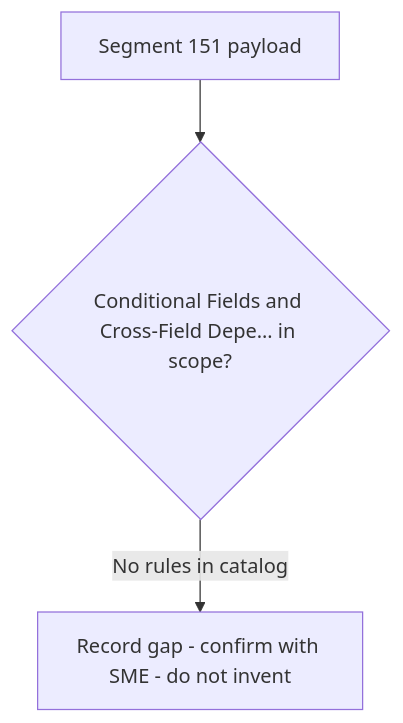
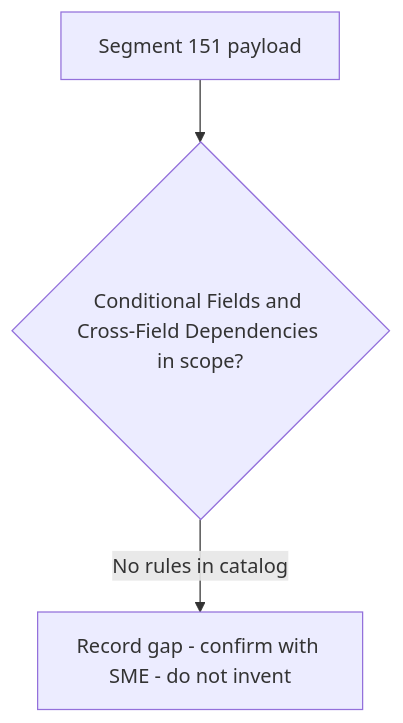
One commit to DhanSingh-hub/core-auth-ai-validation-framework changed the diagram in regression-artifact-validator/specifications/ATL105/docs/specs/kb/segment-151/conditional-dependency-rules-flow.md. Above: the diagram before and after it, drawn with Mermaid. The commit also changed 150 other files, not shown here.

````diff
--- a/regression-artifact-validator/specifications/ATL105/docs/specs/kb/segment-151/conditional-dependency-rules-flow.md
+++ b/regression-artifact-validator/specifications/ATL105/docs/specs/kb/segment-151/conditional-dependency-rules-flow.md
@@ -3,5 +3,5 @@
 ```mermaid
 flowchart TD
-    A[Segment 151 payload] --> B{Conditional Fields and Cross-Field Depe… in scope?}
+    A[Segment 151 payload] --> B{Conditional Fields and Cross-Field Dependencies in scope?}
     B -->|No rules in catalog| G[Record gap - confirm with SME - do not invent]
 ```
````
